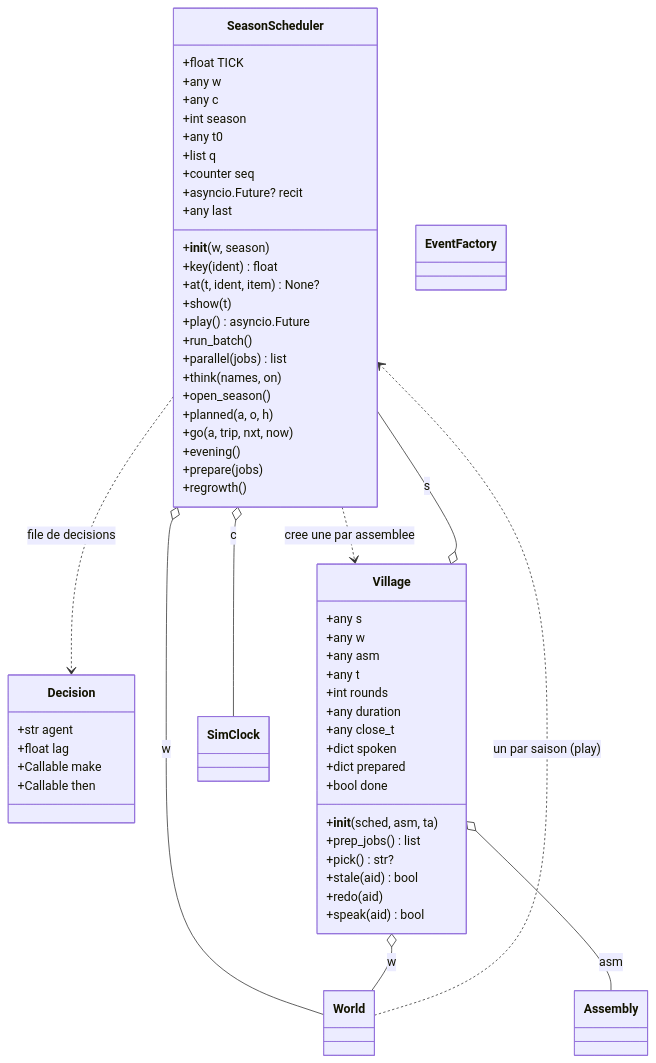
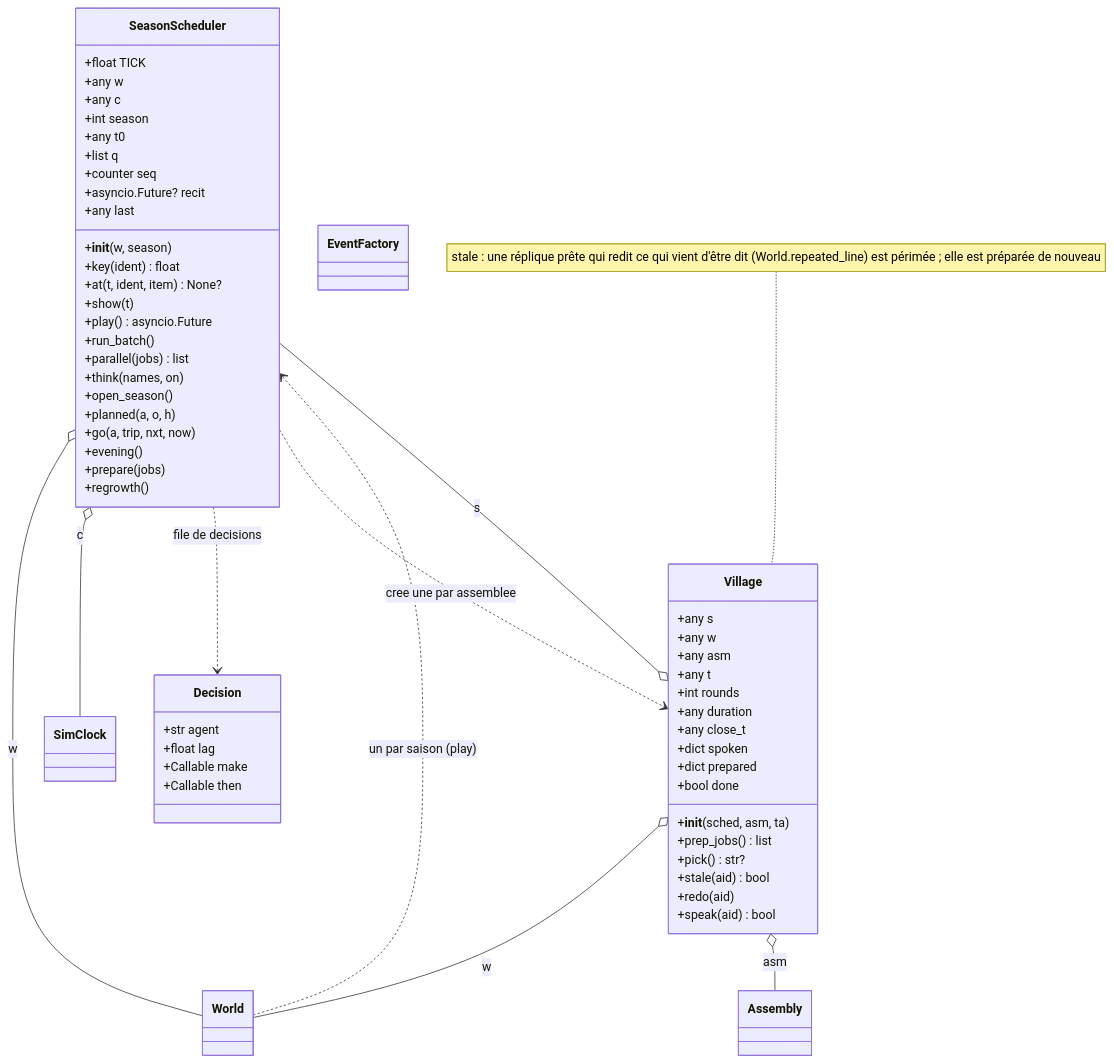
Before and after one commit to Romain-LM-Dev/Projet-Parcours---Filets-de-Vellmor: diagram 14 of 14 in docs/uml/classes-monde.md, drawn with Mermaid. The commit also changed other lines of this file and 16 other files, not shown here.

````diff
--- a/docs/uml/classes-monde.md
+++ b/docs/uml/classes-monde.md
@@ -804,64 +811,65 @@
 ```mermaid
 classDiagram
     class SeasonScheduler {
         +float TICK
         +any w
         +any c
         +int season
         +any t0
         +list q
         +counter seq
         +asyncio.Future? recit
         +any last
         +__init__(w, season)
         +key(ident) float
         +at(t, ident, item) None?
         +show(t)
         +play() asyncio.Future
         +run_batch()
         +parallel(jobs) list
         +think(names, on)
         +open_season()
         +planned(a, o, h)
         +go(a, trip, nxt, now)
         +evening()
         +prepare(jobs)
         +regrowth()
     }
     class Decision {
         +str agent
         +float lag
         +Callable make
         +Callable then
     }
     class Village {
         +any s
         +any w
         +any asm
         +any t
         +int rounds
         +any duration
         +any close_t
         +dict spoken
         +dict prepared
         +bool done
         +__init__(sched, asm, ta)
         +prep_jobs() list
         +pick() str?
         +stale(aid) bool
         +redo(aid)
         +speak(aid) bool
     }
+    note for Village "stale : une réplique prête qui redit ce qui vient d'être dit (World.repeated_line) est périmée ; elle est préparée de nouveau"
     class World
     class Assembly
     class SimClock
     class EventFactory
     World ..> SeasonScheduler : un par saison (play)
     SeasonScheduler o-- World : w
     SeasonScheduler o-- SimClock : c
     SeasonScheduler ..> Decision : file de decisions
     SeasonScheduler ..> Village : cree une par assemblee
     Village o-- SeasonScheduler : s
     Village o-- World : w
     Village o-- Assembly : asm
 ```
````
